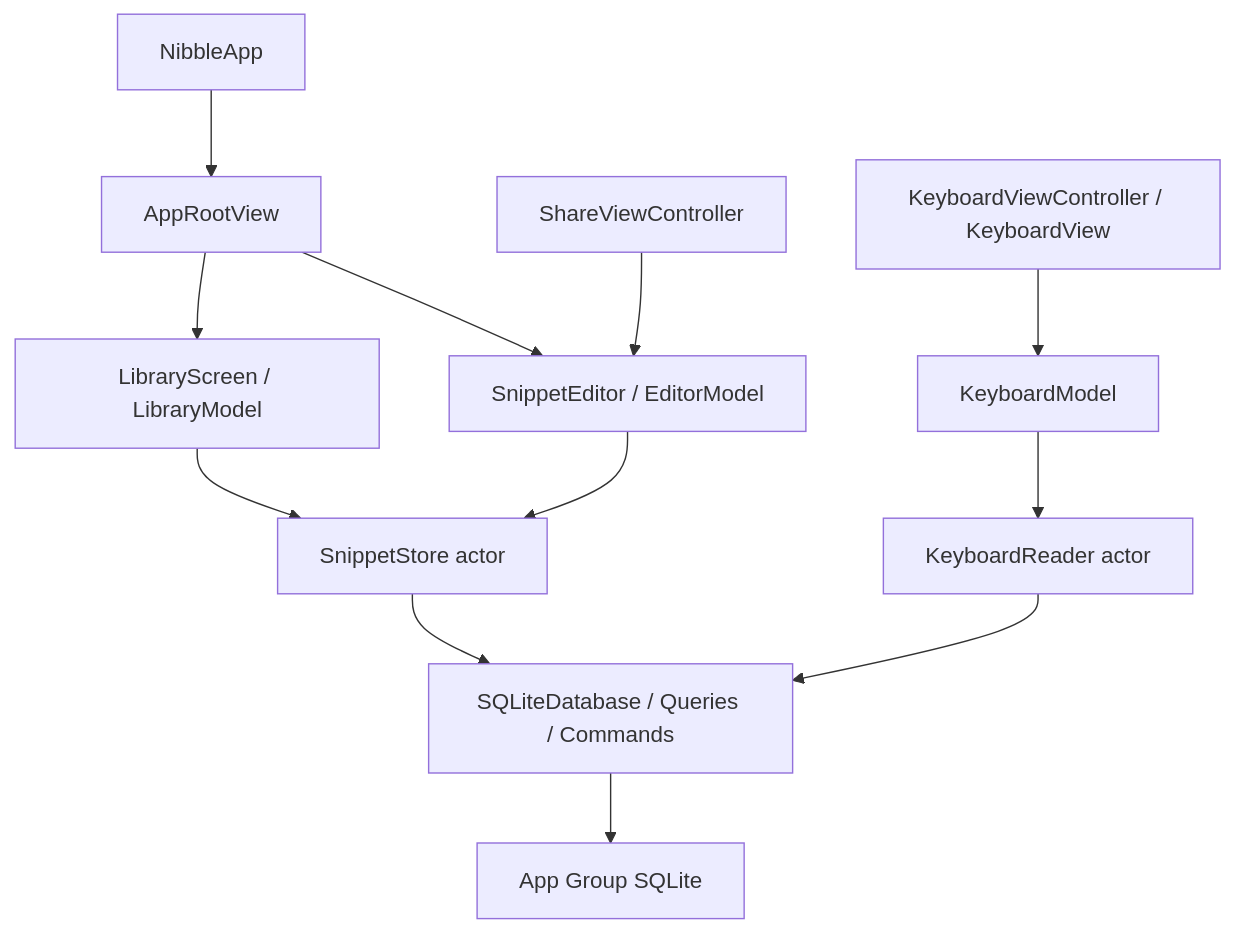
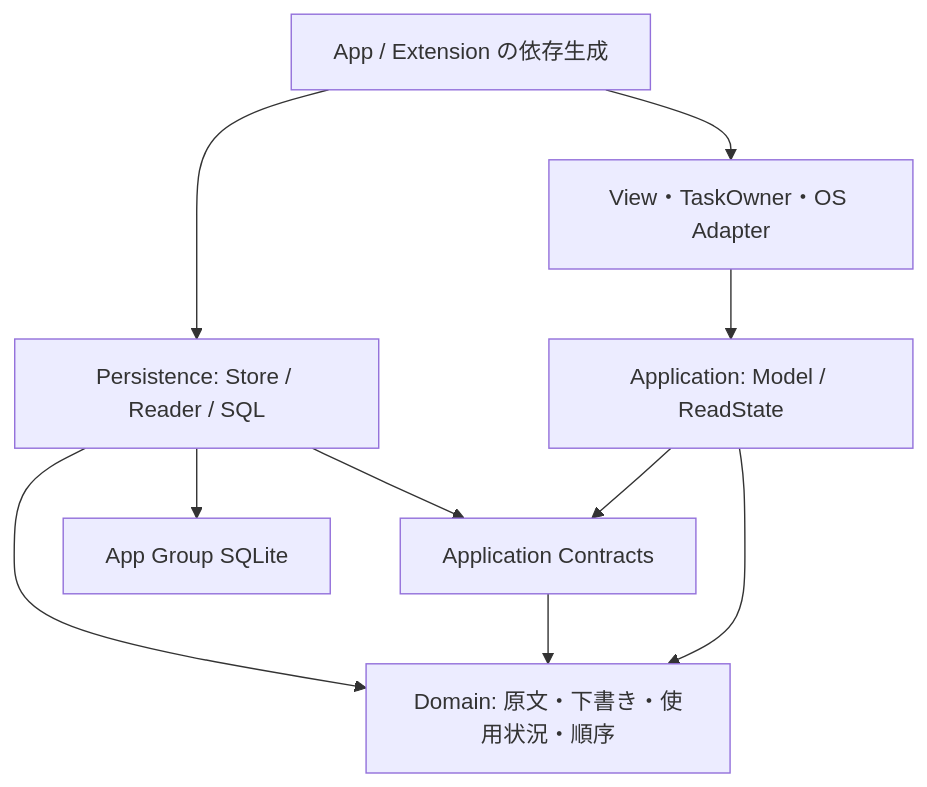
Before and after one commit to 9uiLe/nibble: the diagram in docs/architecture/README.md, drawn with Mermaid. The commit also changed other lines of this file and 93 other files, not shown here.

````diff
--- a/docs/architecture/README.md
+++ b/docs/architecture/README.md
@@ -29,14 +30,12 @@
 ```mermaid
 flowchart TD
-    App[NibbleApp] --> Root[AppRootView]
-    Share[ShareViewController] --> Editor[SnippetEditor / EditorModel]
-    Root --> Library[LibraryScreen / LibraryModel]
-    Root --> Editor
-    Library --> Store[SnippetStore actor]
-    Editor --> Store
-    Store --> SQL[SQLiteDatabase / Queries / Commands]
-    Keyboard[KeyboardViewController / KeyboardView] --> Model[KeyboardModel]
-    Model --> Reader[KeyboardReader actor]
-    Reader --> SQL
-    SQL --> DB[App Group SQLite]
+    Entry[App / Extension の依存生成] --> View[View・TaskOwner・OS Adapter]
+    Entry --> Storage[Persistence: Store / Reader / SQL]
+    View --> UseCase[Application: Model / ReadState]
+    UseCase --> Ports[Application Contracts]
+    Storage --> Ports
+    UseCase --> Domain[Domain: 原文・下書き・使用状況・順序]
+    Ports --> Domain
+    Storage --> Domain
+    Storage --> DB[App Group SQLite]
 ```
````
